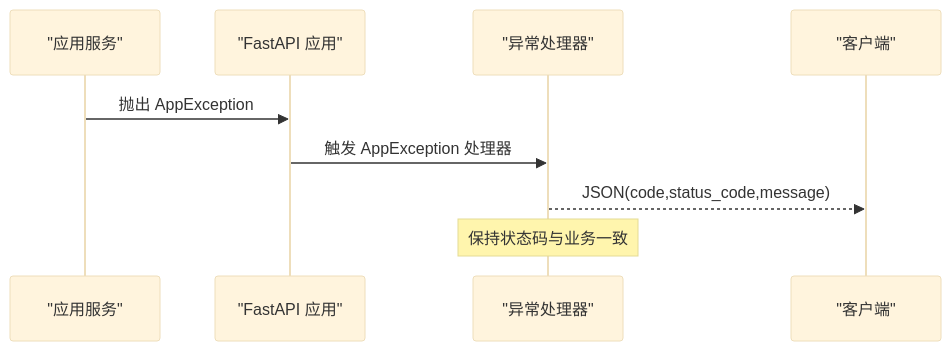
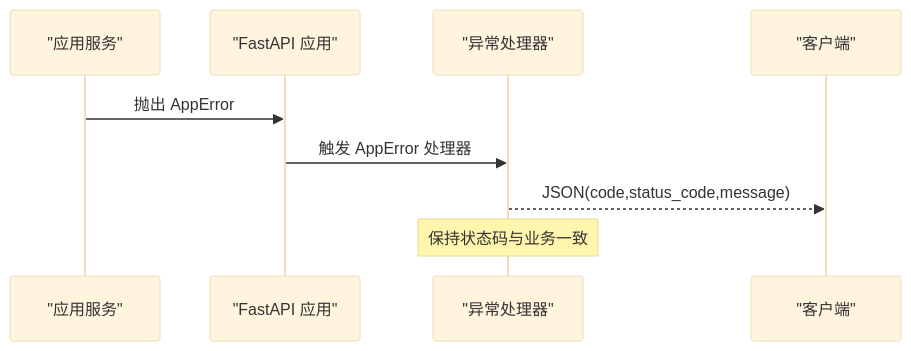
One commit to taoweidong/Hello-FastApi changed the fourth of 8 diagrams in .qoder/repowiki/zh/content/项目概述/核心特性/异常处理.md. Above: the diagram before and after it, drawn with Mermaid (base theme). The commit also changed other lines of this file and 22 other files, not shown here.

````diff
--- a/.qoder/repowiki/zh/content/项目概述/核心特性/异常处理.md
+++ b/.qoder/repowiki/zh/content/项目概述/核心特性/异常处理.md
@@ -188,11 +201,11 @@
 ```mermaid
 sequenceDiagram
 participant Svc as "应用服务"
 participant API as "FastAPI 应用"
 participant EH as "异常处理器"
 participant Cli as "客户端"
-Svc->>API : 抛出 AppException
-API->>EH : 触发 AppException 处理器
+Svc->>API : 抛出 AppError
+API->>EH : 触发 AppError 处理器
 EH-->>Cli : JSON(code,status_code,message)
 Note over EH : 保持状态码与业务一致
 ```
````
